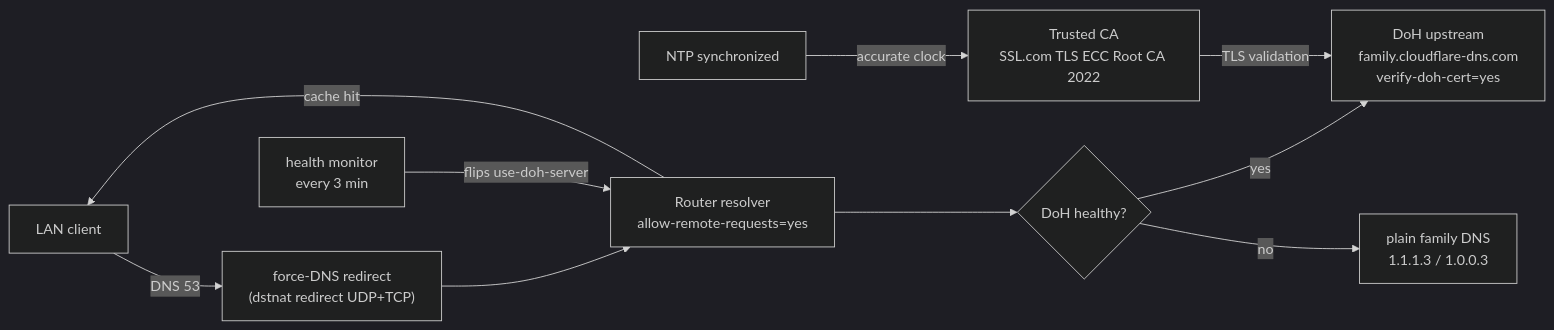
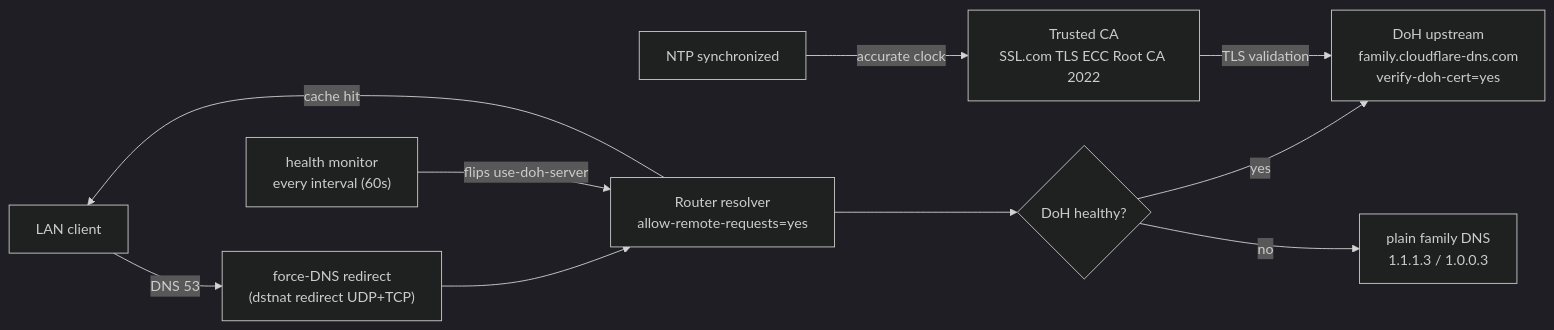
One commit to paulmann/mikrotik-doh-failover changed the diagram in diagrams/architecture.mmd. Above: the diagram before and after it, drawn with Mermaid (dark theme). The commit also changed 2 other files, not shown here.

Commit message:
docs: replace remaining "every 3 min" references with the configurable interval (60s default)

```diff
--- a/diagrams/architecture.mmd
+++ b/diagrams/architecture.mmd
@@ -1,10 +1,10 @@
 flowchart LR
     Client["LAN client"] -->|"DNS 53"| ForceDNS["force-DNS redirect<br/>(dstnat redirect UDP+TCP)"]
     ForceDNS --> Resolver["Router resolver<br/>allow-remote-requests=yes"]
     Resolver -->|"cache hit"| Client
     Resolver --> Mode{"DoH healthy?"}
     Mode -->|"yes"| DoH["DoH upstream<br/>family.cloudflare-dns.com<br/>verify-doh-cert=yes"]
     Mode -->|"no"| Plain["plain family DNS<br/>1.1.1.3 / 1.0.0.3"]
-    Monitor["health monitor<br/>every 3 min"] -->|"flips use-doh-server"| Resolver
+    Monitor["health monitor<br/>every interval (60s)"] -->|"flips use-doh-server"| Resolver
     CA["Trusted CA<br/>SSL.com TLS ECC Root CA 2022"] -->|"TLS validation"| DoH
     NTP["NTP synchronized"] -->|"accurate clock"| CA
```
